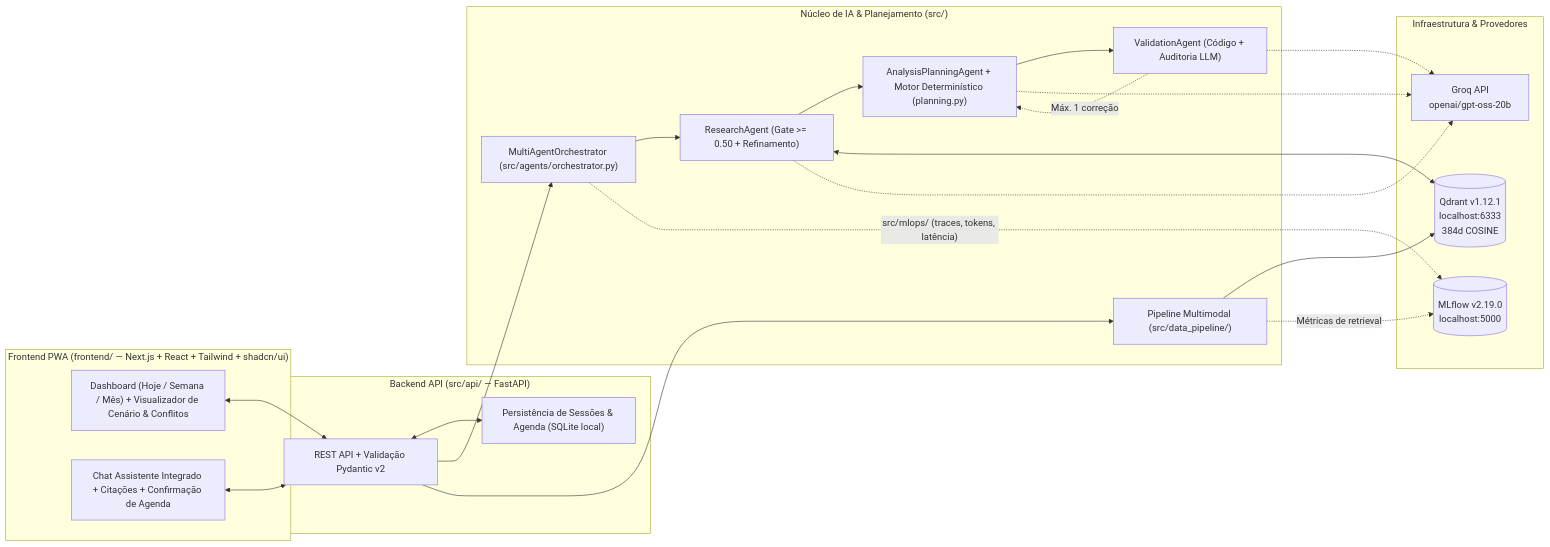
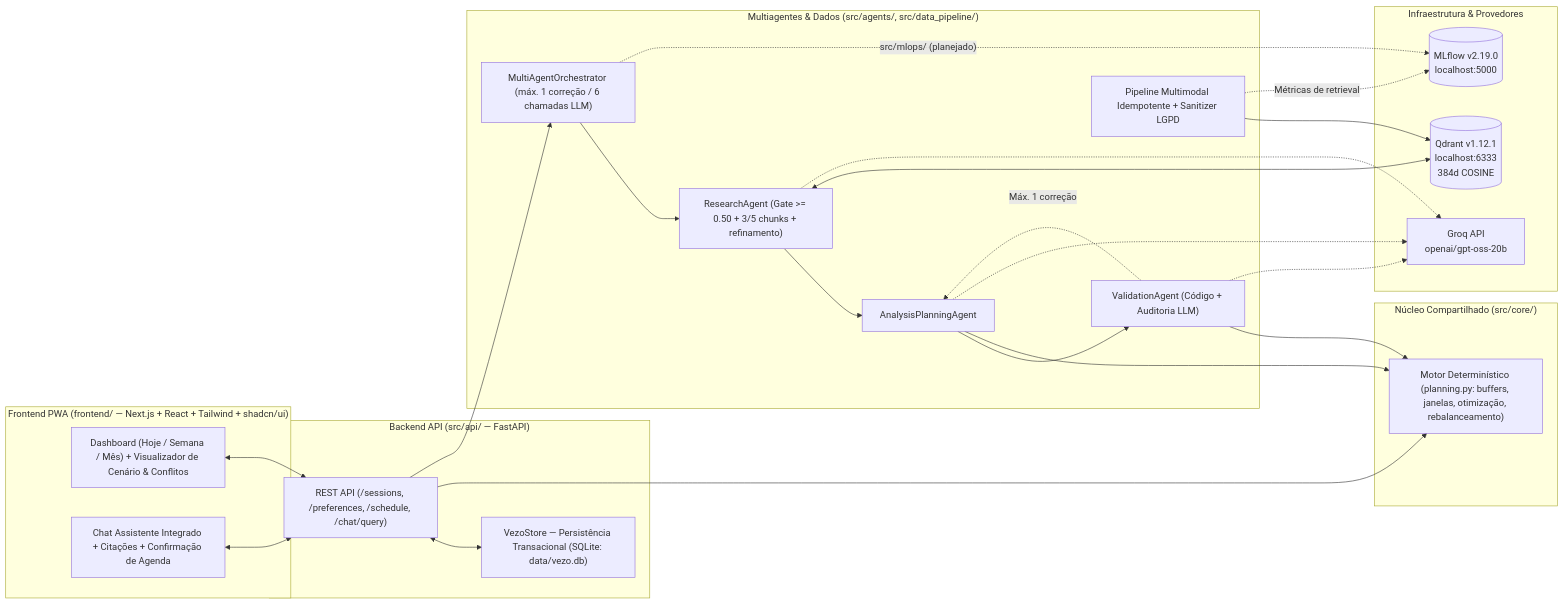
The diagram in docs/ARCHITECTURE.md (ainoolau/Challenge-2---Assistente-de-rotina-universitaria-), drawn with Mermaid before and after one commit. The commit also changed other lines of this file and 1 other file, not shown here.

Commit message:
docs(architecture): cria guia didatico da arquitetura e atualiza ARCHITECTURE.md

````diff
--- a/docs/ARCHITECTURE.md
+++ b/docs/ARCHITECTURE.md
@@ -12,41 +13,47 @@
 ```mermaid
 flowchart LR
     subgraph Client["Frontend PWA (frontend/ — Next.js + React + Tailwind + shadcn/ui)"]
         Dash["Dashboard (Hoje / Semana / Mês) + Visualizador de Cenário & Conflitos"]
         Chat["Chat Assistente Integrado + Citações + Confirmação de Agenda"]
     end
 
     subgraph API["Backend API (src/api/ — FastAPI)"]
-        Endpoints["REST API + Validação Pydantic v2"]
-        Store["Persistência de Sessões & Agenda (SQLite local)"]
+        Endpoints["REST API (/sessions, /preferences, /schedule, /chat/query)"]
+        Store["VezoStore — Persistência Transacional (SQLite: data/vezo.db)"]
     end
 
-    subgraph Core["Núcleo de IA & Planejamento (src/)"]
-        Orch["MultiAgentOrchestrator (src/agents/orchestrator.py)"]
-        Res["ResearchAgent (Gate >= 0.50 + Refinamento)"]
-        Ana["AnalysisPlanningAgent + Motor Determinístico (planning.py)"]
+    subgraph Core["Núcleo Compartilhado (src/core/)"]
+        Planner["Motor Determinístico (planning.py: buffers, janelas, otimização, rebalanceamento)"]
+    end
+
+    subgraph Agents["Multiagentes & Dados (src/agents/, src/data_pipeline/)"]
+        Orch["MultiAgentOrchestrator (máx. 1 correção / 6 chamadas LLM)"]
+        Res["ResearchAgent (Gate >= 0.50 + 3/5 chunks + refinamento)"]
+        Ana["AnalysisPlanningAgent"]
         Val["ValidationAgent (Código + Auditoria LLM)"]
-        Pipe["Pipeline Multimodal (src/data_pipeline/)"]
+        Pipe["Pipeline Multimodal Idempotente + Sanitizer LGPD"]
     end
 
     subgraph Infra["Infraestrutura & Provedores"]
         Qdrant[("Qdrant v1.12.1\nlocalhost:6333\n384d COSINE")]
         Groq["Groq API\nopenai/gpt-oss-20b"]
         MLflow[("MLflow v2.19.0\nlocalhost:5000")]
     end
 
     Dash <--> Endpoints
     Chat <--> Endpoints
     Endpoints <--> Store
+    Endpoints --> Planner
     Endpoints --> Orch
-    Endpoints --> Pipe
     Orch --> Res --> Ana --> Val
+    Ana --> Planner
+    Val --> Planner
     Val -.->|"Máx. 1 correção"| Ana
     Res <--> Qdrant
     Pipe --> Qdrant
     Res -.-> Groq
     Ana -.-> Groq
     Val -.-> Groq
-    Orch -.->|"src/mlops/ (traces, tokens, latência)"| MLflow
+    Orch -.->|"src/mlops/ (planejado)"| MLflow
     Pipe -.->|"Métricas de retrieval"| MLflow
 ```
````
